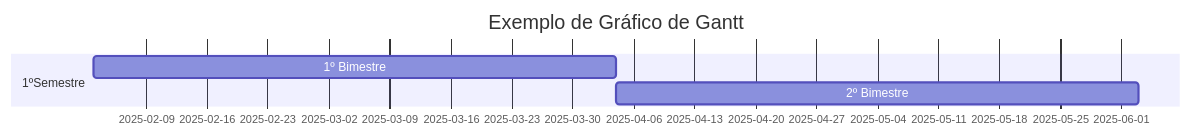
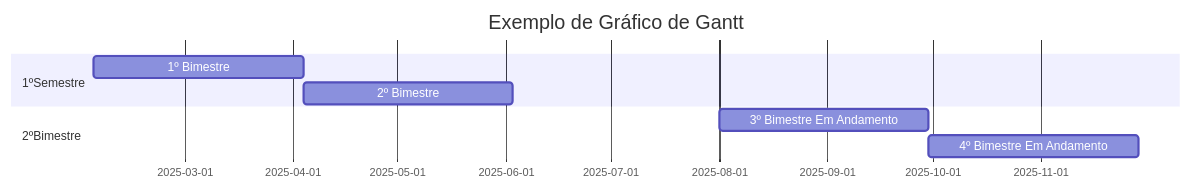
The third of 3 diagrams in README.md (TheLimaLeo/grafico_de_Gantt), drawn with Mermaid before and after one commit.

````diff
--- a/README.md
+++ b/README.md
@@ -17,10 +17,12 @@
 ```mermaid
 gantt
   title Exemplo de Gráfico de Gantt
 dateFormat YYYY-MM-DD
 section 1ºSemestre
 1º Bimestre: ✅Finalizado: a1, 2025-02-03, 60d
 2º Bimestre: ✅Finalizado: a2, after a1, 60d
 section 2ºBimestre
+3º Bimestre Em Andamento: a3, 2025-08-01, 60d
+4º Bimestre Em Andamento: a4, after a3, 60d
 
 ```
````
